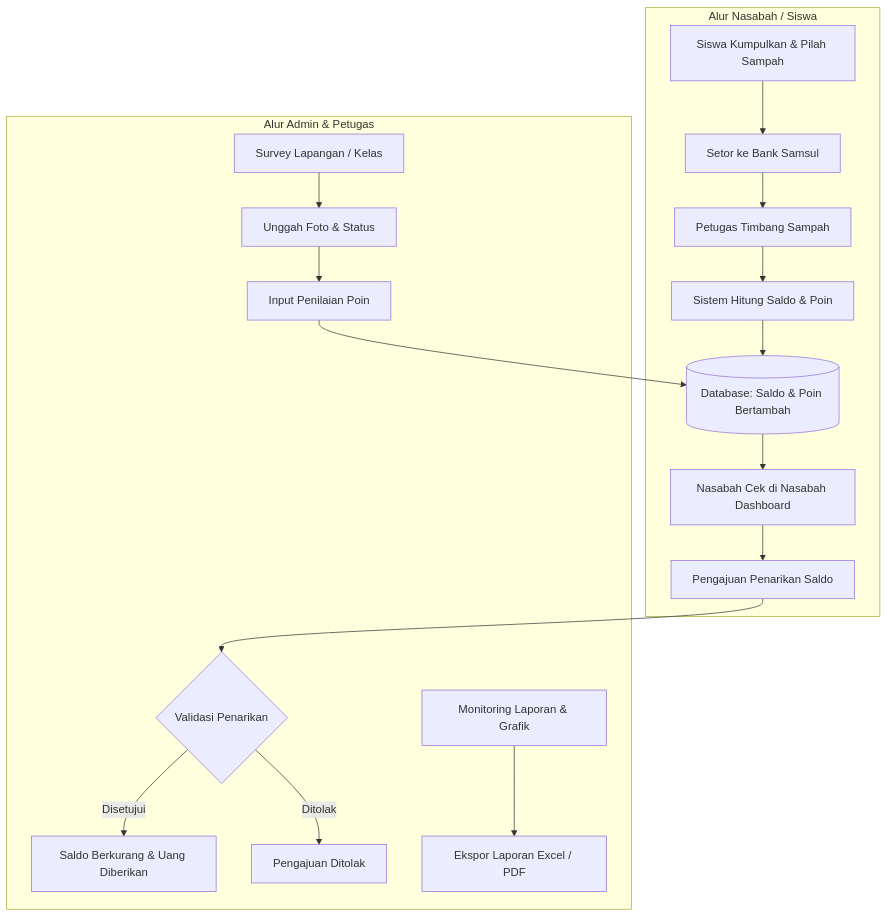
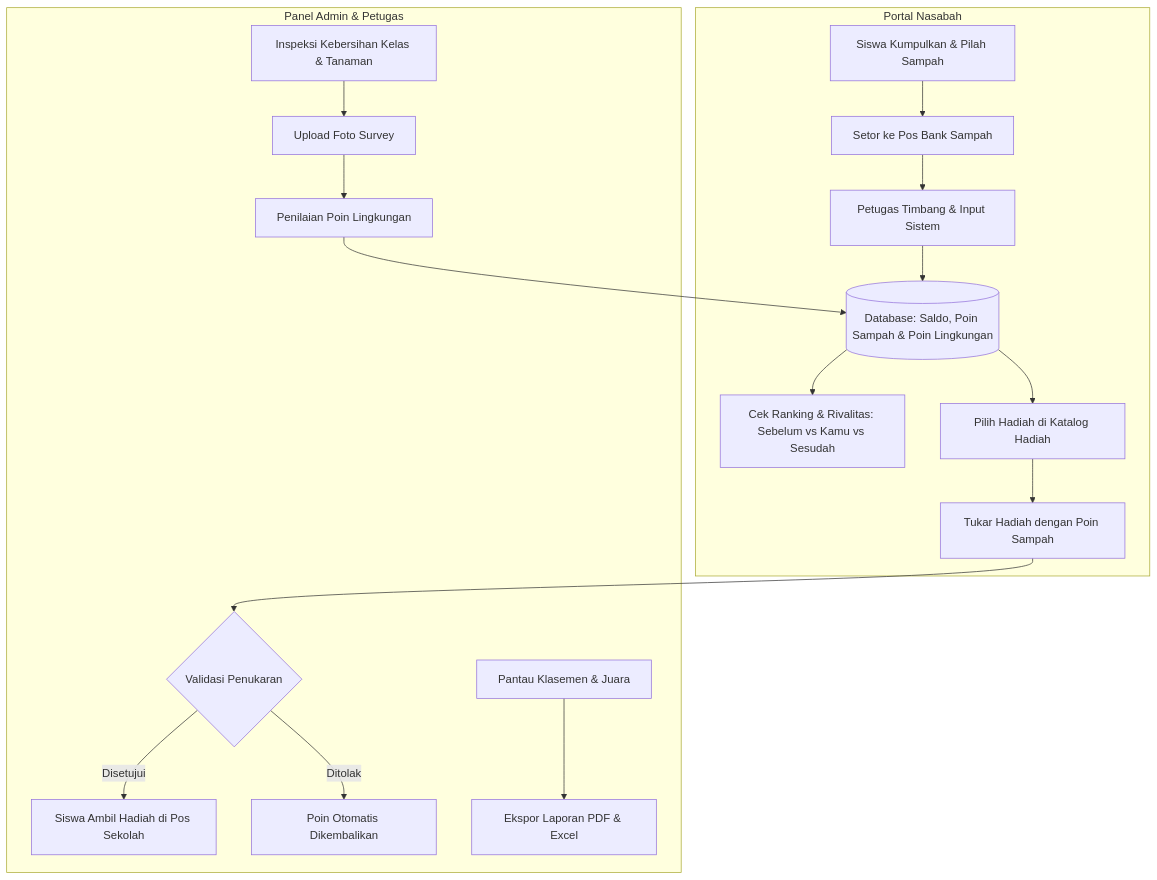
Before and after one commit to salkun/bank-samsul: the diagram in README.md, drawn with Mermaid. The commit also changed other lines of this file, not shown here.

Commit message:
docs: update README with comprehensive features including gamification leaderboard and reward katalog

````diff
--- a/README.md
+++ b/README.md
@@ -111,21 +117,21 @@
 ```mermaid
 flowchart TD
-    subgraph Nasabah [Alur Nasabah / Siswa]
-        A[Siswa Kumpulkan & Pilah Sampah] --> B[Setor ke Bank Samsul]
-        B --> C[Petugas Timbang Sampah]
-        C --> D[Sistem Hitung Saldo & Poin]
-        D --> E[(Database: Saldo & Poin Bertambah)]
-        E --> F[Nasabah Cek di Nasabah Dashboard]
-        F --> G[Pengajuan Penarikan Saldo]
+    subgraph Siswa [Portal Nasabah]
+        A[Siswa Kumpulkan & Pilah Sampah] --> B[Setor ke Pos Bank Sampah]
+        B --> C[Petugas Timbang & Input Sistem]
+        C --> D[(Database: Saldo, Poin Sampah & Poin Lingkungan)]
+        D --> E[Cek Ranking & Rivalitas: Sebelum vs Kamu vs Sesudah]
+        D --> F[Pilih Hadiah di Katalog Hadiah]
+        F --> G[Tukar Hadiah dengan Poin Sampah]
     end
 
-    subgraph Admin [Alur Admin & Petugas]
-        G --> H{Validasi Penarikan}
-        H -- Disetujui --> I[Saldo Berkurang & Uang Diberikan]
-        H -- Ditolak --> J[Pengajuan Ditolak]
-        K[Survey Lapangan / Kelas] --> L[Unggah Foto & Status]
-        L --> M[Input Penilaian Poin]
-        M --> E
-        N[Monitoring Laporan & Grafik] --> O[Ekspor Laporan Excel / PDF]
+    subgraph AdminPetugas [Panel Admin & Petugas]
+        G --> H{Validasi Penukaran}
+        H -- Disetujui --> I[Siswa Ambil Hadiah di Pos Sekolah]
+        H -- Ditolak --> J[Poin Otomatis Dikembalikan]
+        K[Inspeksi Kebersihan Kelas & Tanaman] --> L[Upload Foto Survey]
+        L --> M[Penilaian Poin Lingkungan]
+        M --> D
+        N[Pantau Klasemen & Juara] --> O[Ekspor Laporan PDF & Excel]
     end
 ```
````
